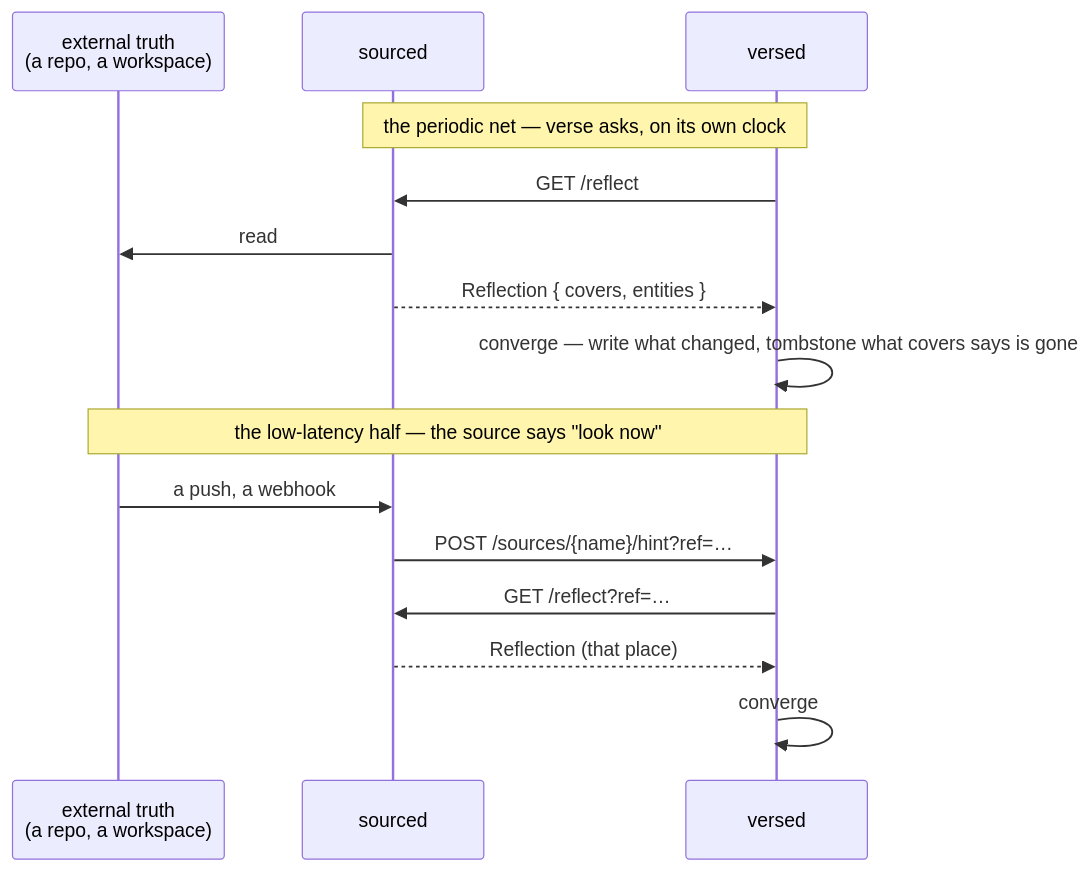
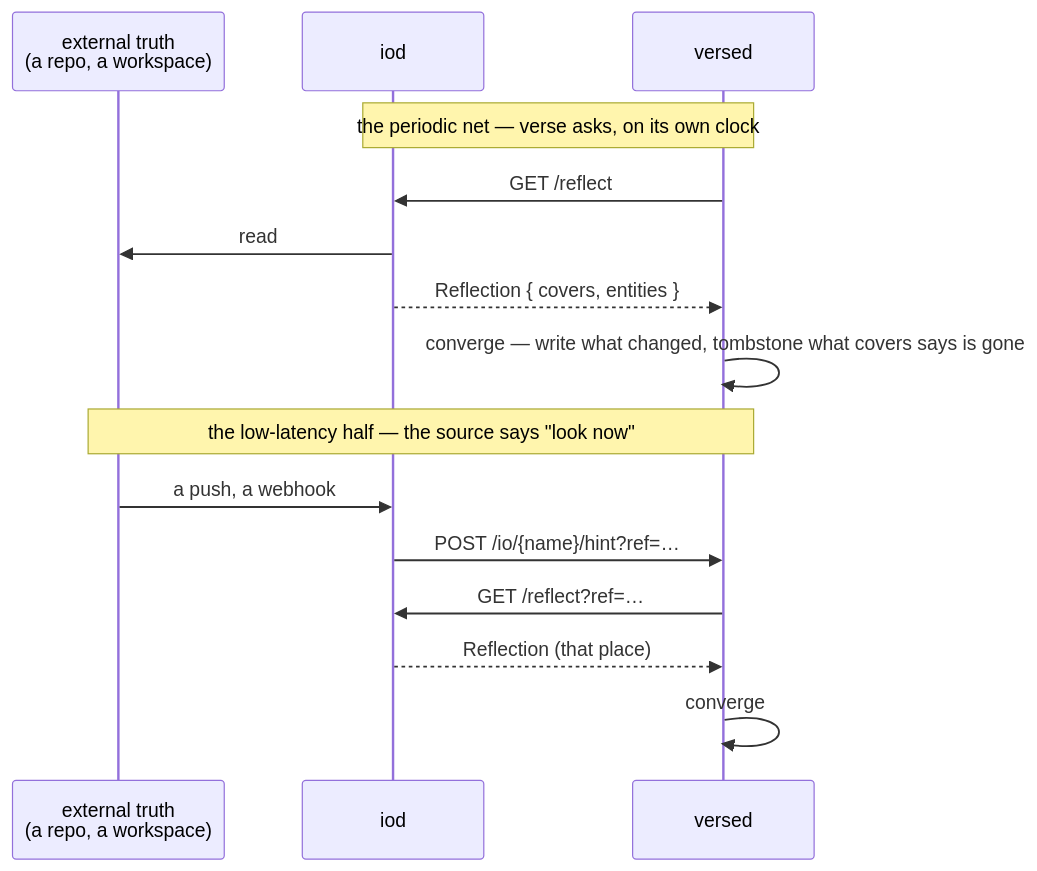
The fourth of 4 diagrams in docs/seams.md (signadot/viff), drawn with Mermaid before and after one commit. The commit also changed other lines of this file and 195 other files, not shown here.

````diff
--- a/docs/seams.md
+++ b/docs/seams.md
@@ -240,19 +240,19 @@
 ```mermaid
 sequenceDiagram
   participant X as external truth<br/>(a repo, a workspace)
-  participant Src as sourced
+  participant Src as iod
   participant V as versed
 
   Note over V,Src: the periodic net — verse asks, on its own clock
   V->>Src: GET /reflect
   Src->>X: read
   Src-->>V: Reflection { covers, entities }
   V->>V: converge — write what changed, tombstone what covers says is gone
 
   Note over X,V: the low-latency half — the source says "look now"
   X->>Src: a push, a webhook
-  Src->>V: POST /sources/{name}/hint?ref=…
+  Src->>V: POST /io/{name}/hint?ref=…
   V->>Src: GET /reflect?ref=…
   Src-->>V: Reflection (that place)
   V->>V: converge
 ```
````
